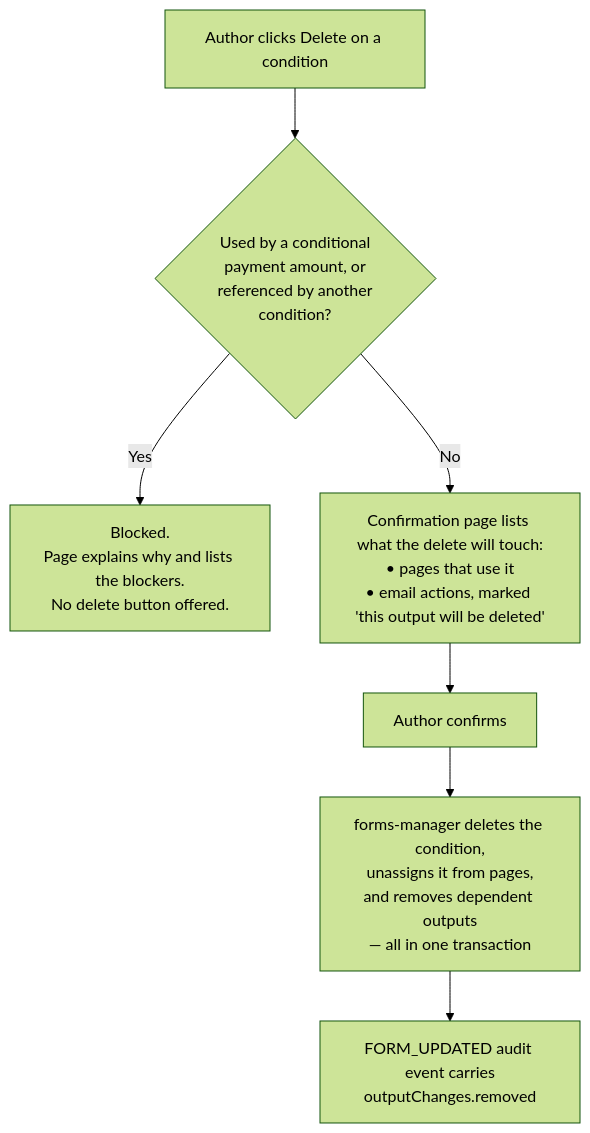
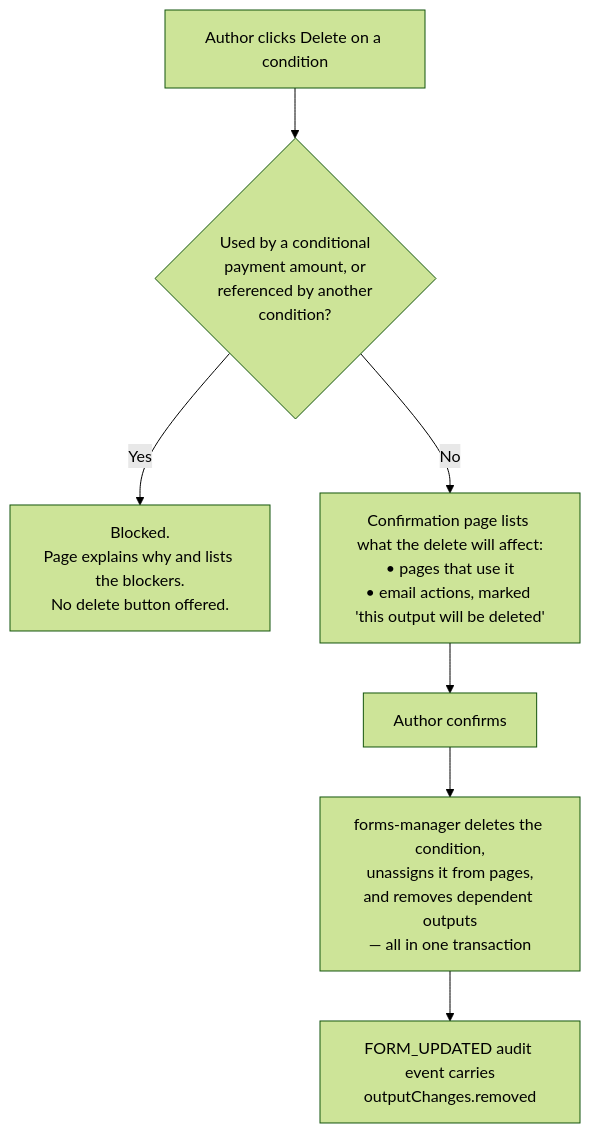
The second of 6 diagrams in docs/conditional-emails.md (DEFRA/forms-designer), drawn with Mermaid (forest theme) before and after one commit. The commit also changed other lines of this file and 3 other files, not shown here.

````diff
--- a/docs/conditional-emails.md
+++ b/docs/conditional-emails.md
@@ -156,9 +158,9 @@
 ```mermaid
 flowchart TD
     A["Author clicks Delete on a condition"] --> B{"Used by a conditional<br/>payment amount, or<br/>referenced by another<br/>condition?"}
     B -->|Yes| C["Blocked.<br/>Page explains why and lists the blockers.<br/>No delete button offered."]
-    B -->|No| D["Confirmation page lists what the delete will touch:<br/>• pages that use it<br/>• email actions, marked 'this output will be deleted'"]
+    B -->|No| D["Confirmation page lists what the delete will affect:<br/>• pages that use it<br/>• email actions, marked 'this output will be deleted'"]
     D --> E["Author confirms"]
     E --> F["forms-manager deletes the condition,<br/>unassigns it from pages,<br/>and removes dependent outputs<br/>— all in one transaction"]
     F --> G["FORM_UPDATED audit event carries<br/>outputChanges.removed"]
 ```
````
